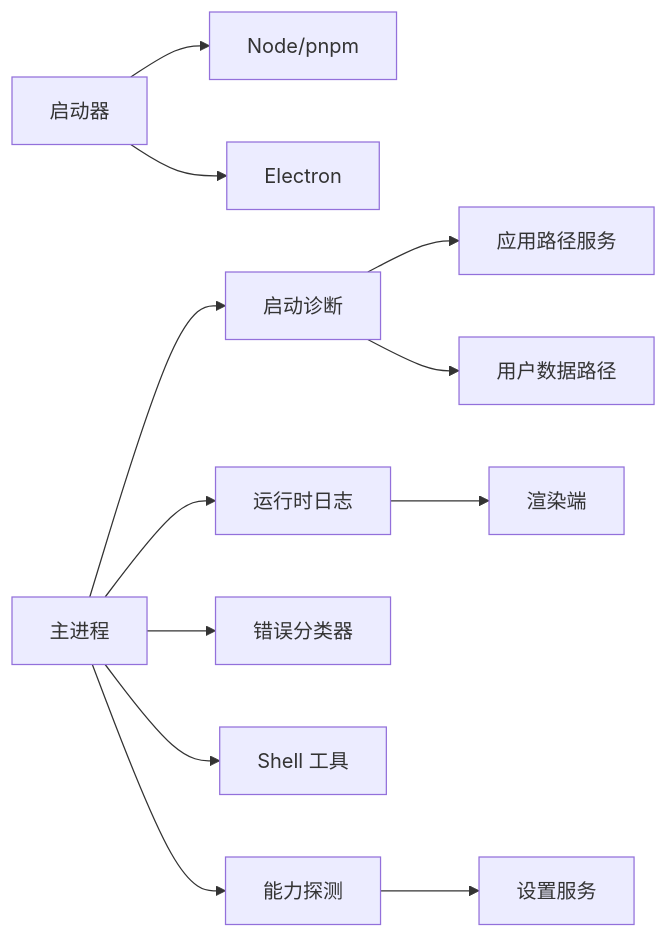
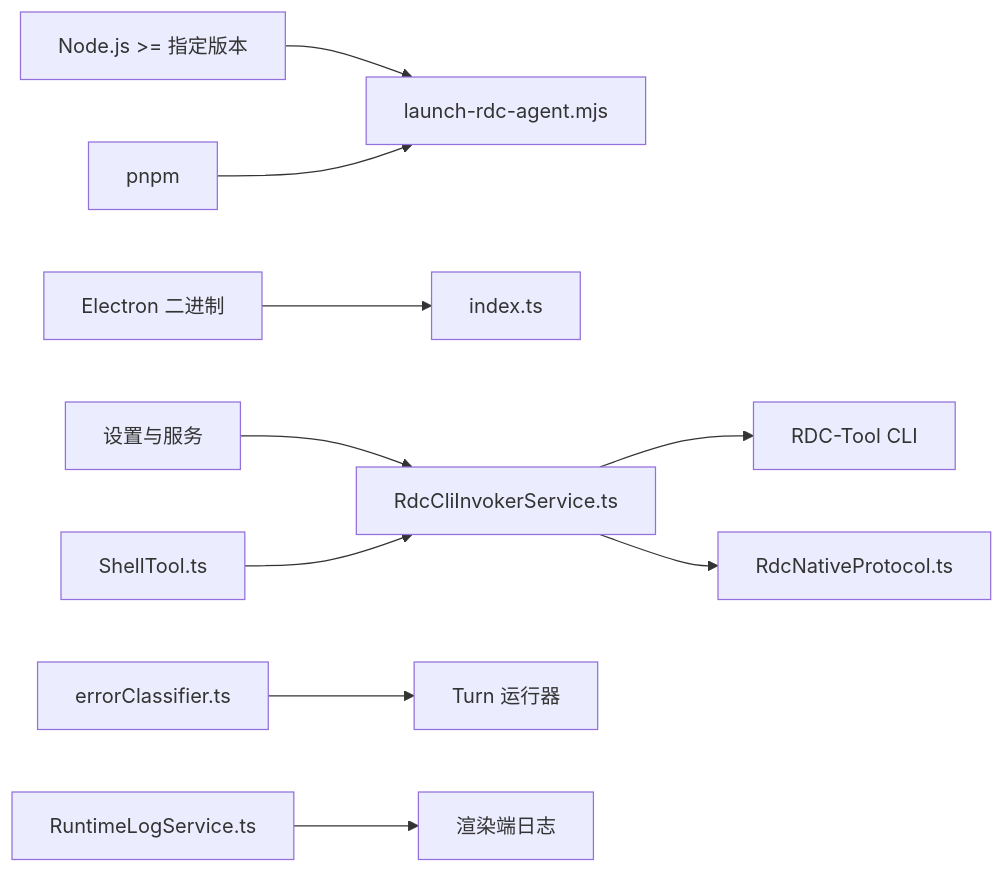
One commit to haolange/RDC-Agent changed the sixth of 6 diagrams in .qoder/repowiki/zh/content/故障排除.md. Above: the diagram before and after it, drawn with Mermaid. The commit also changed other lines of this file and 356 other files, not shown here.

````diff
--- a/.qoder/repowiki/zh/content/故障排除.md
+++ b/.qoder/repowiki/zh/content/故障排除.md
@@ -389,14 +335,12 @@
 ```mermaid
 graph LR
-Launch["启动器"] --> Node["Node/pnpm"]
-Launch --> Electron["Electron"]
-Main["主进程"] --> Startup["启动诊断"]
-Main --> Log["运行时日志"]
-Main --> Err["错误分类器"]
-Main --> Shell["Shell 工具"]
-Main --> Probe["能力探测"]
-Startup --> AppPath["应用路径服务"]
-Startup --> UserData["用户数据路径"]
-Probe --> Settings["设置服务"]
-Log --> Renderer["渲染端"]
+  Node["Node.js >= 指定版本"] --> Launcher["launch-rdc-agent.mjs"]
+  Pnpm["pnpm"] --> Launcher
+  Electron["Electron 二进制"] --> Main["index.ts"]
+  Settings["设置与服务"] --> RdcInvoker["RdcCliInvokerService.ts"]
+  RdcInvoker --> Cli["RDC-Tool CLI"]
+  Shell["ShellTool.ts"] --> RdcInvoker
+  RdcInvoker --> Protocol["RdcNativeProtocol.ts"]
+  Errors["errorClassifier.ts"] --> Turn["Turn 运行器"]
+  Log["RuntimeLogService.ts"] --> Renderer["渲染端日志"]
 ```
````
